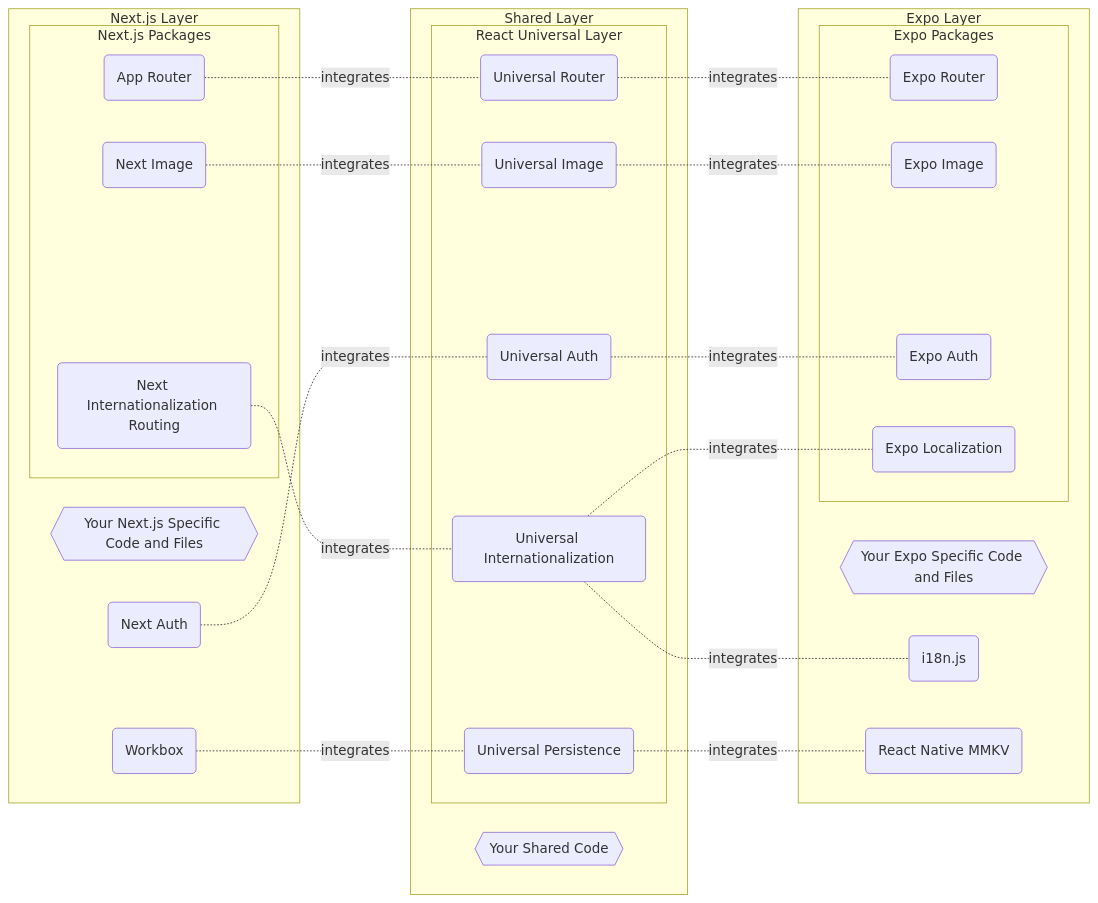
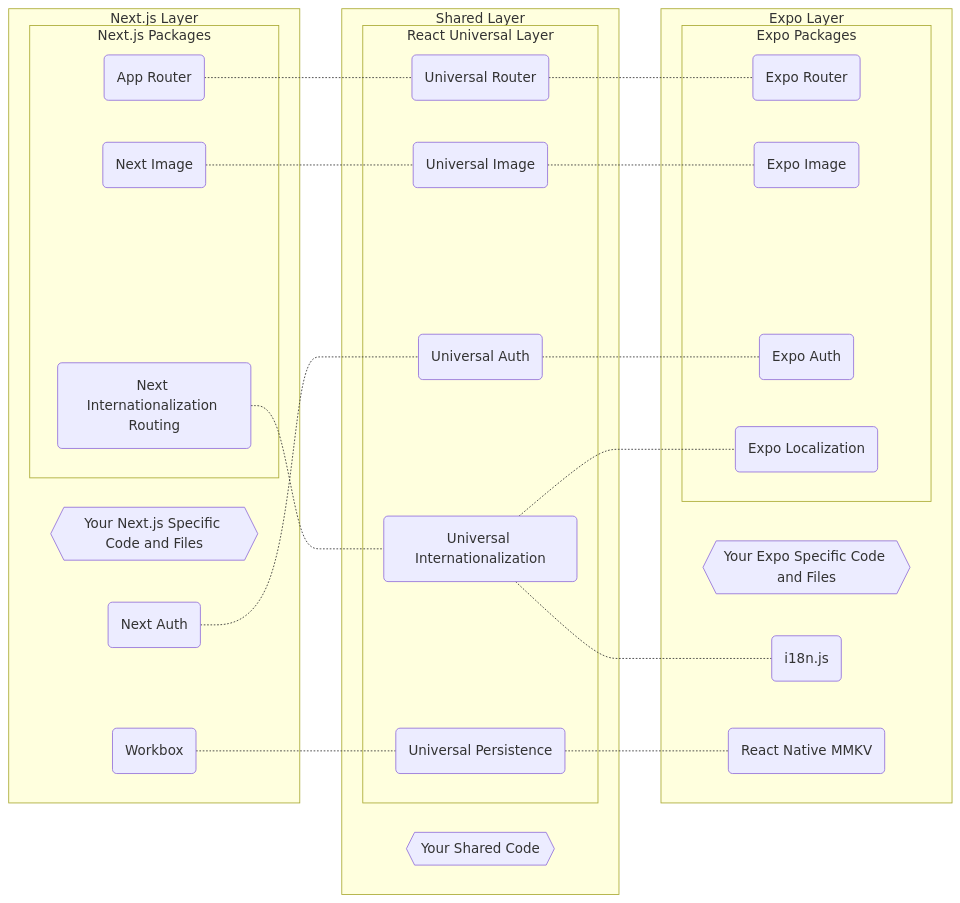
Before and after one commit to gloredo/react-blend: the diagram in README.md, drawn with Mermaid.

````diff
--- a/README.md
+++ b/README.md
@@ -56,66 +56,66 @@
 ```mermaid
 graph LR
 
 next-specific{{Your Next.js Specific Code and Files}}
 app-router(App Router)
 next-image(Next Image)
 next-auth(Next Auth)
 next-i18n(Next Internationalization Routing)
 workbox(Workbox)
 
 expo-specific{{Your Expo Specific Code and Files}}
 expo-router(Expo Router)
 expo-image(Expo Image)
 expo-auth(Expo Auth)
 expo-localization(Expo Localization)
 i18n-js(i18n.js)
 rn-mmkv(React Native MMKV)
 
 shared-code{{Your Shared Code}}
 rul-router(Universal Router)
 rul-image(Universal Image)
 rul-auth(Universal Auth)
 rul-internationalization(Universal Internationalization)
 rul-persistence(Universal Persistence)
 
 subgraph Next.js Layer
     next-specific
     subgraph Next.js Packages
         app-router
         next-image
         next-i18n
     end
     next-auth
     workbox
 end
 
 subgraph Expo Layer
     expo-specific
     subgraph Expo Packages
         expo-router
         expo-image
         expo-auth
         expo-localization
     end
     i18n-js
     rn-mmkv
 end
 
 subgraph Shared Layer
     shared-code
     subgraph React Universal Layer
         rul-router
         rul-image
         rul-auth
         rul-internationalization
         rul-persistence
     end
 end
 
-app-router -. integrates .- rul-router -. integrates .- expo-router
-next-image -. integrates .- rul-image -. integrates .- expo-image
-next-auth -. integrates .- rul-auth -. integrates .- expo-auth
-next-i18n -. integrates .- rul-internationalization -. integrates .- expo-localization
-rul-internationalization -. integrates .- i18n-js
-workbox -. integrates .- rul-persistence -. integrates .- rn-mmkv
+app-router -.- rul-router -.- expo-router
+next-image -.- rul-image -.- expo-image
+next-auth -.- rul-auth -.- expo-auth
+next-i18n -.- rul-internationalization -.- expo-localization
+rul-internationalization -.- i18n-js
+workbox -.- rul-persistence -.- rn-mmkv
 ```
````
